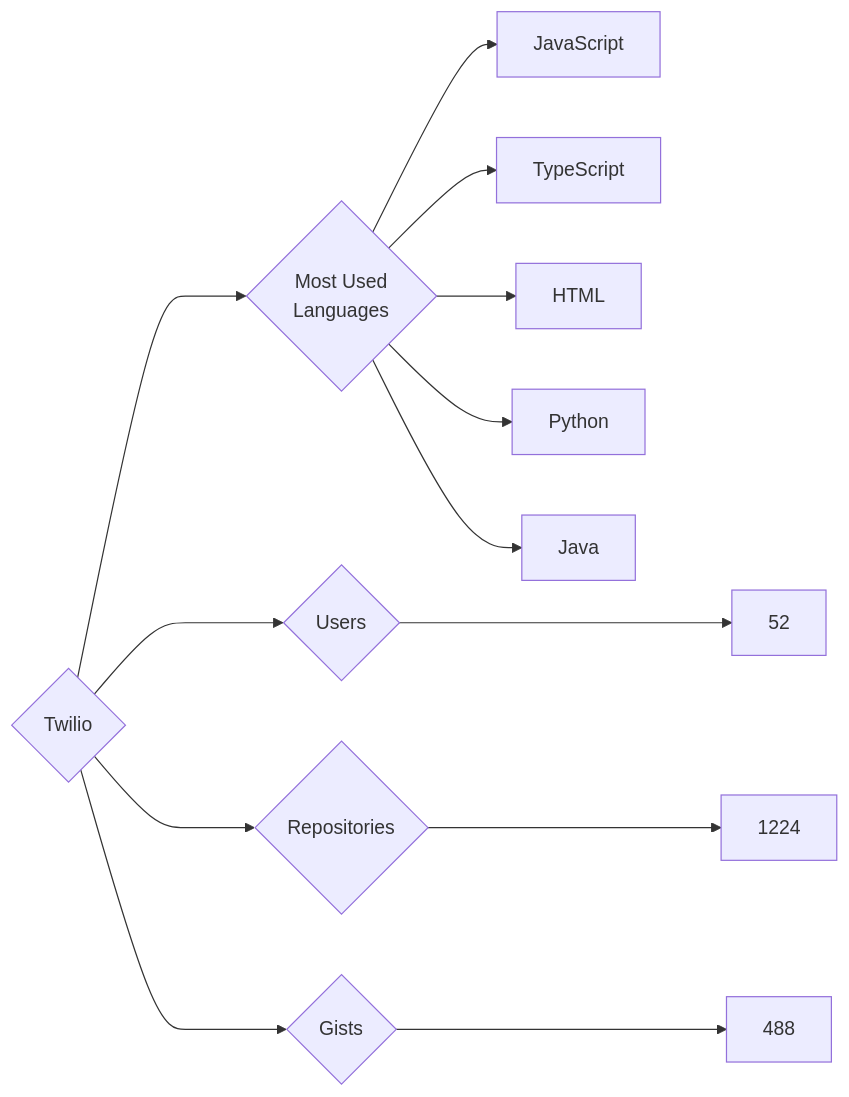
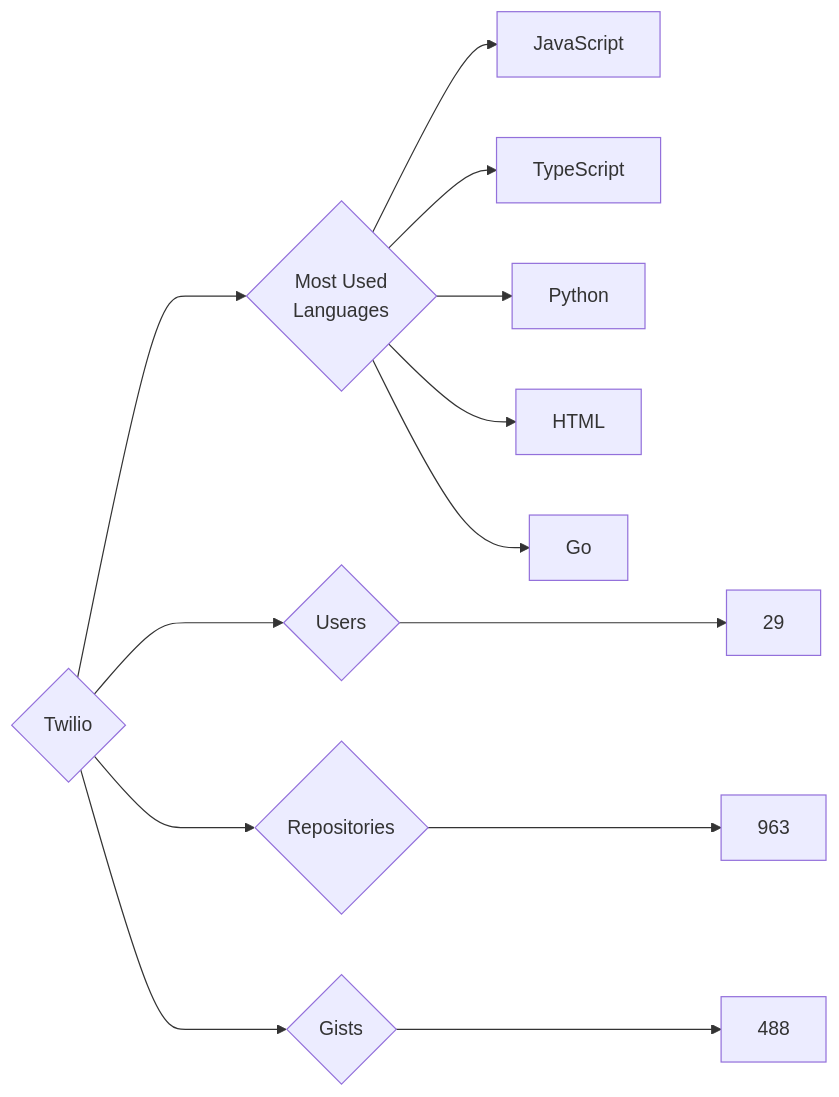
Before and after one commit to trickest/insiders: the diagram in targets/Twilio/README.md, drawn with Mermaid. The commit also changed 725 other files, not shown here.

````diff
--- a/targets/Twilio/README.md
+++ b/targets/Twilio/README.md
@@ -3,13 +3,13 @@
 ```mermaid
 graph LR
 COMPANY_NAME{Twilio}
-COMPANY_NAME ---> U{Users} ---> UN[52]
-COMPANY_NAME ---> R{Repositories} ---> RN[1224]
+COMPANY_NAME ---> U{Users} ---> UN[29]
+COMPANY_NAME ---> R{Repositories} ---> RN[963]
 COMPANY_NAME ---> G{Gists} ---> GN[488]
 COMPANY_NAME ---> ML{Most Used<br>Languages}
 ML --> JavaScript[JavaScript]
 ML --> TypeScript[TypeScript]
+ML --> Python[Python]
 ML --> HTML[HTML]
-ML --> Python[Python]
-ML --> Java[Java]
+ML --> Go[Go]
 ```
````
